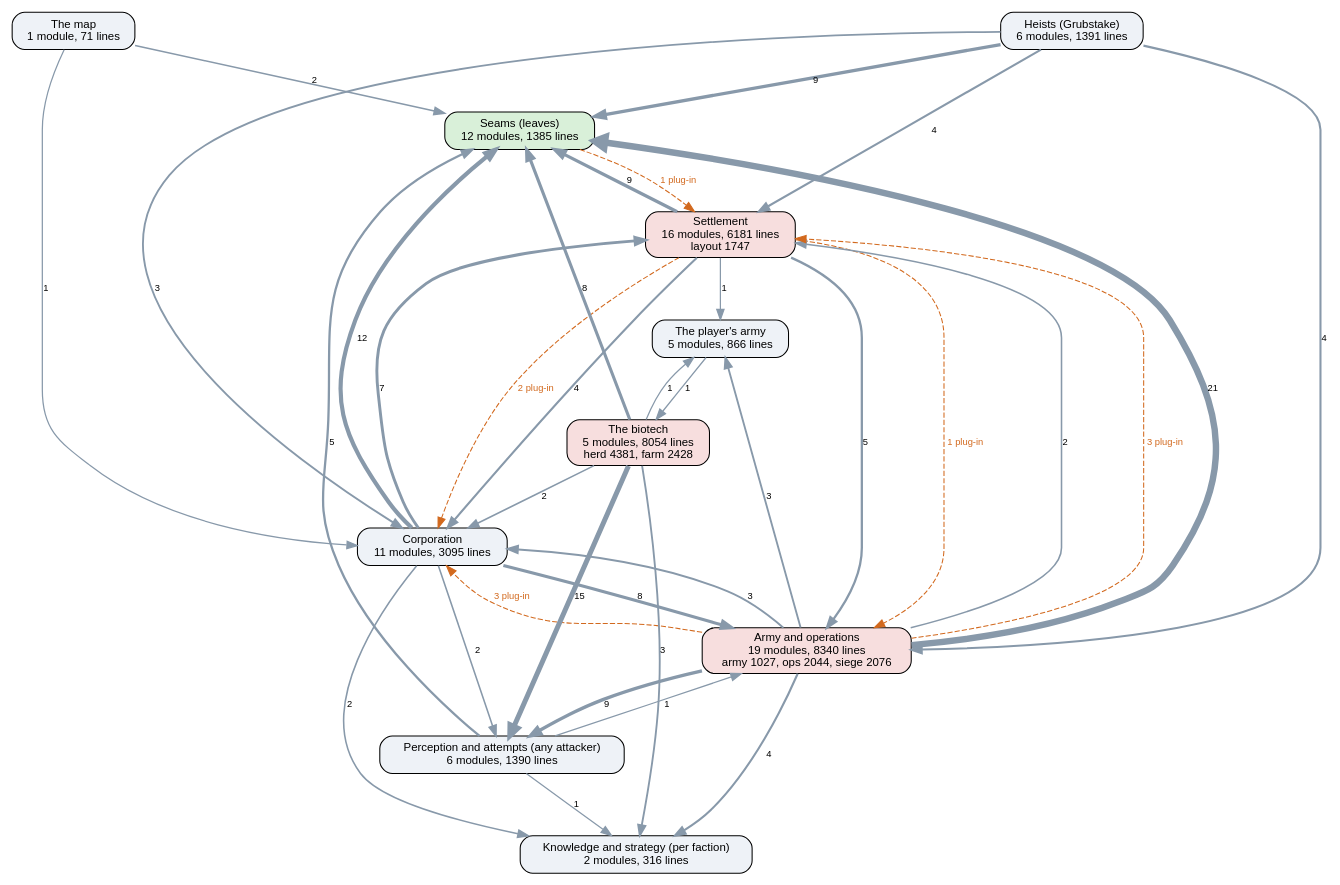
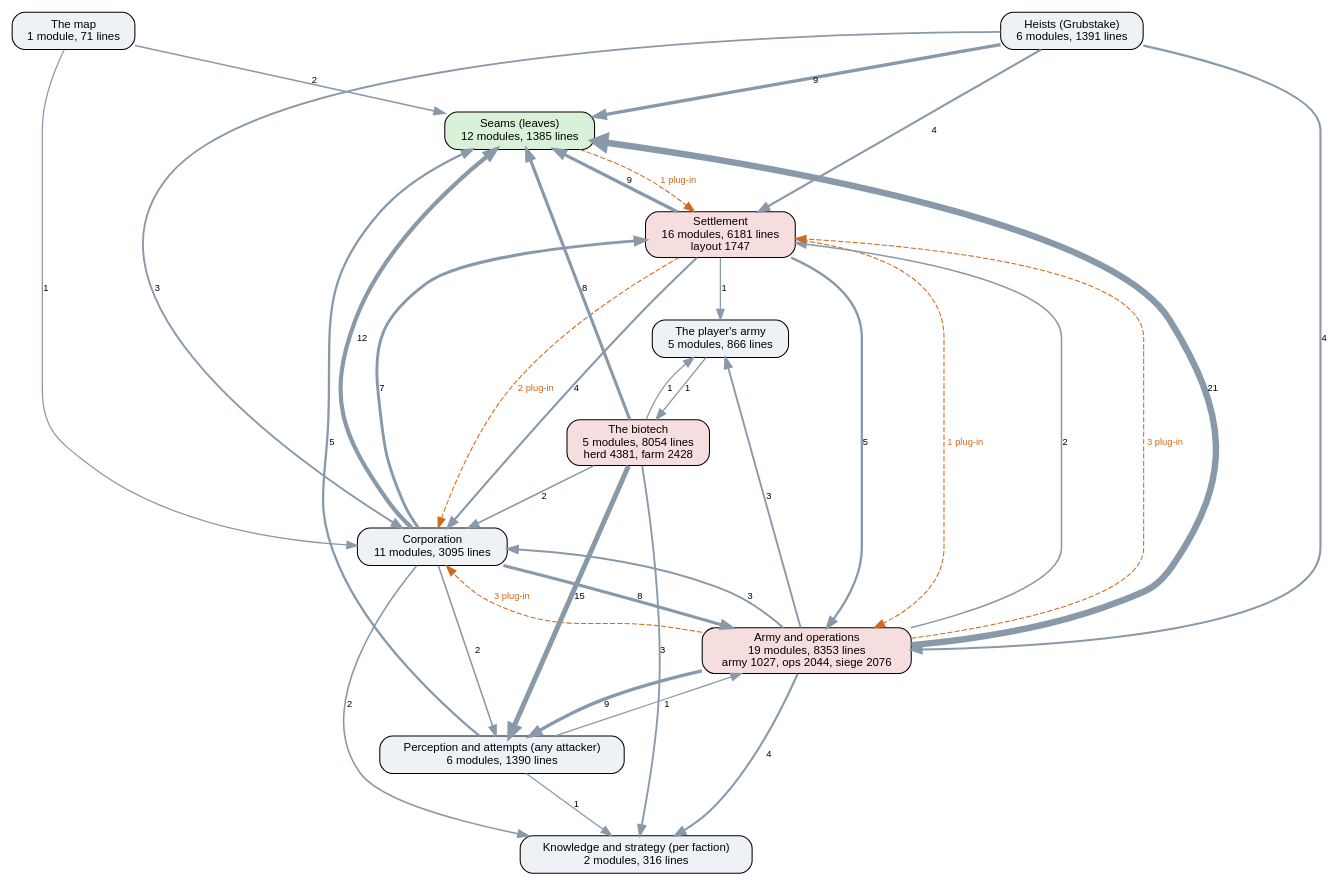
Before and after one commit to kinelhu/landing-party: the diagram in docs/ai-layers.dot, drawn with Graphviz. The commit also changed 13 other files, not shown here.

```diff
--- a/docs/ai-layers.dot
+++ b/docs/ai-layers.dot
@@ -1,50 +1,50 @@
 digraph layers {
   graph [rankdir=TB, fontname="Helvetica", nodesep=0.5, ranksep=0.7];
   node [shape=box, style="rounded,filled", fontname="Helvetica", fontsize=11, fillcolor="#eef2f7"];
   edge [color="#8899aa", fontname="Helvetica", fontsize=9];
   "Seams (leaves)" [label="Seams (leaves)\n12 modules, 1385 lines", fillcolor="#d9f0d9"];
   "Perception and attempts (any attacker)" [label="Perception and attempts (any attacker)\n6 modules, 1390 lines", fillcolor="#eef2f7"];
   "Knowledge and strategy (per faction)" [label="Knowledge and strategy (per faction)\n2 modules, 316 lines", fillcolor="#eef2f7"];
   "Corporation" [label="Corporation\n11 modules, 3095 lines", fillcolor="#eef2f7"];
   "Settlement" [label="Settlement\n16 modules, 6181 lines\nlayout 1747", fillcolor="#f7dede"];
-  "Army and operations" [label="Army and operations\n19 modules, 8340 lines\narmy 1027, ops 2044, siege 2076", fillcolor="#f7dede"];
+  "Army and operations" [label="Army and operations\n19 modules, 8353 lines\narmy 1027, ops 2044, siege 2076", fillcolor="#f7dede"];
   "Heists (Grubstake)" [label="Heists (Grubstake)\n6 modules, 1391 lines", fillcolor="#eef2f7"];
   "The biotech" [label="The biotech\n5 modules, 8054 lines\nherd 4381, farm 2428", fillcolor="#f7dede"];
   "The map" [label="The map\n1 module, 71 lines", fillcolor="#eef2f7"];
   "The player's army" [label="The player's army\n5 modules, 866 lines", fillcolor="#eef2f7"];
   "Army and operations" -> "Corporation" [label="3", penwidth=1.8];
   "Army and operations" -> "Knowledge and strategy (per faction)" [label="4", penwidth=2.0];
   "Army and operations" -> "Perception and attempts (any attacker)" [label="9", penwidth=3.2];
   "Army and operations" -> "Seams (leaves)" [label="21", penwidth=6.2];
   "Army and operations" -> "Settlement" [label="2", penwidth=1.5];
   "Army and operations" -> "The player's army" [label="3", penwidth=1.8];
   "Corporation" -> "Army and operations" [label="8", penwidth=3.0];
   "Corporation" -> "Knowledge and strategy (per faction)" [label="2", penwidth=1.5];
   "Corporation" -> "Perception and attempts (any attacker)" [label="2", penwidth=1.5];
   "Corporation" -> "Seams (leaves)" [label="12", penwidth=4.0];
   "Corporation" -> "Settlement" [label="7", penwidth=2.8];
   "Heists (Grubstake)" -> "Army and operations" [label="4", penwidth=2.0];
   "Heists (Grubstake)" -> "Corporation" [label="3", penwidth=1.8];
   "Heists (Grubstake)" -> "Seams (leaves)" [label="9", penwidth=3.2];
   "Heists (Grubstake)" -> "Settlement" [label="4", penwidth=2.0];
   "Perception and attempts (any attacker)" -> "Army and operations" [label="1", penwidth=1.2];
   "Perception and attempts (any attacker)" -> "Knowledge and strategy (per faction)" [label="1", penwidth=1.2];
   "Perception and attempts (any attacker)" -> "Seams (leaves)" [label="5", penwidth=2.2];
   "Settlement" -> "Army and operations" [label="5", penwidth=2.2];
   "Settlement" -> "Corporation" [label="4", penwidth=2.0];
   "Settlement" -> "Seams (leaves)" [label="9", penwidth=3.2];
   "Settlement" -> "The player's army" [label="1", penwidth=1.2];
   "The biotech" -> "Corporation" [label="2", penwidth=1.5];
   "The biotech" -> "Knowledge and strategy (per faction)" [label="3", penwidth=1.8];
   "The biotech" -> "Perception and attempts (any attacker)" [label="15", penwidth=4.8];
   "The biotech" -> "Seams (leaves)" [label="8", penwidth=3.0];
   "The biotech" -> "The player's army" [label="1", penwidth=1.2];
   "The map" -> "Corporation" [label="1", penwidth=1.2];
   "The map" -> "Seams (leaves)" [label="2", penwidth=1.5];
   "The player's army" -> "The biotech" [label="1", penwidth=1.2];
   "Army and operations" -> "Corporation" [style=dashed, color="#d2691e", fontcolor="#d2691e", label="3 plug-in"];
   "Army and operations" -> "Settlement" [style=dashed, color="#d2691e", fontcolor="#d2691e", label="3 plug-in"];
   "Seams (leaves)" -> "Settlement" [style=dashed, color="#d2691e", fontcolor="#d2691e", label="1 plug-in"];
   "Settlement" -> "Army and operations" [style=dashed, color="#d2691e", fontcolor="#d2691e", label="1 plug-in"];
   "Settlement" -> "Corporation" [style=dashed, color="#d2691e", fontcolor="#d2691e", label="2 plug-in"];
 }
```
